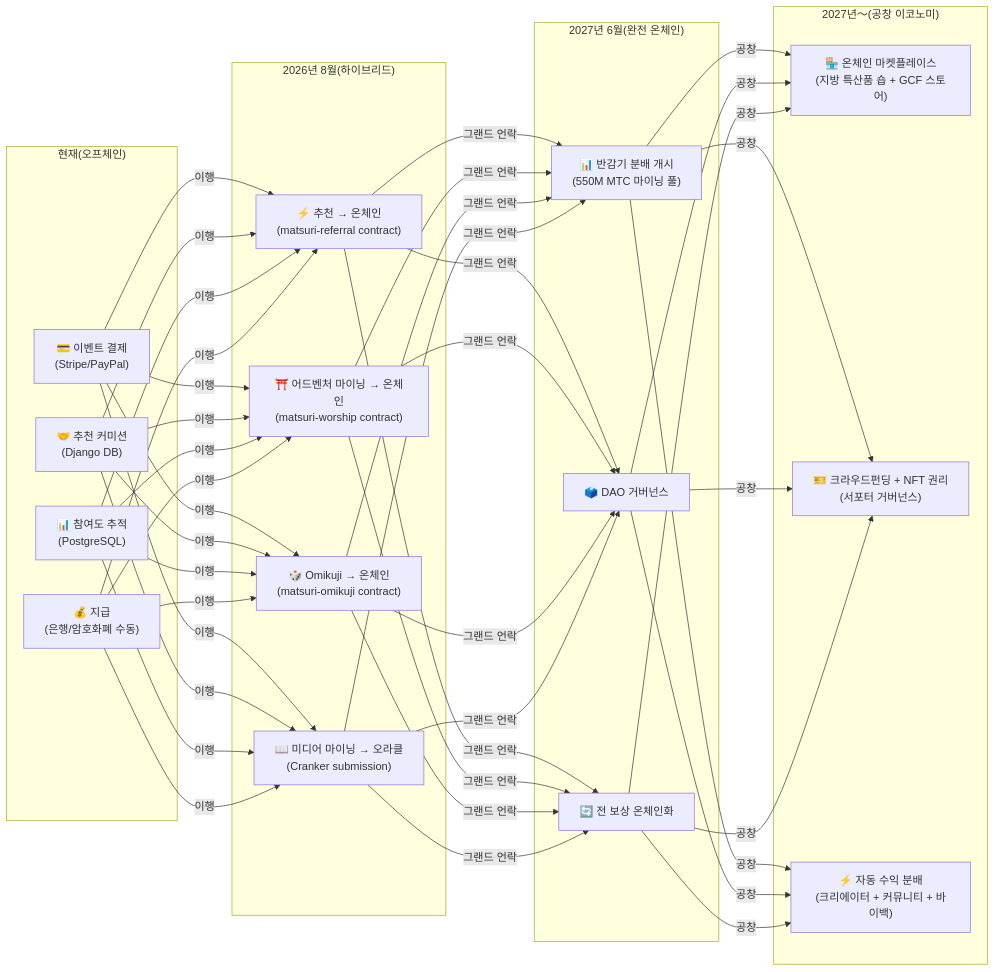
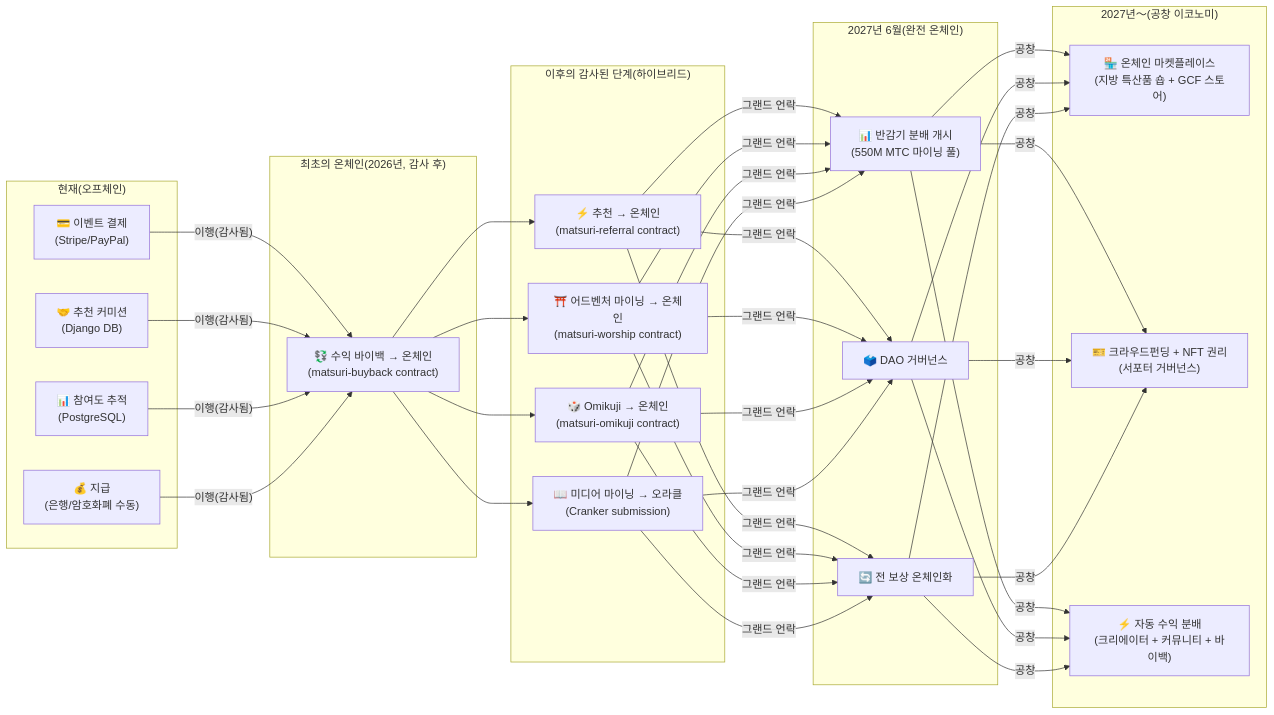
One commit to Cootakahashi/matsuri-dao-whitepaper changed the fourth of 4 diagrams in i18n/ko/docusaurus-plugin-content-docs/current/04-mining.md. Above: the diagram before and after it, drawn with Mermaid. The commit also changed other lines of this file and 79 other files, not shown here.

First line of the commit message:
docs: re-sequence on-chain roadmap to match the staged Hashlock audit (20 locales)

````diff
--- a/i18n/ko/docusaurus-plugin-content-docs/current/04-mining.md
+++ b/i18n/ko/docusaurus-plugin-content-docs/current/04-mining.md
@@ -334,28 +344,32 @@
 ```mermaid
 graph LR
     subgraph "현재(오프체인)"
         O1["💳 이벤트 결제\n(Stripe/PayPal)"]
         O2["🤝 추천 커미션\n(Django DB)"]
         O3["📊 참여도 추적\n(PostgreSQL)"]
         O4["💰 지급\n(은행/암호화폐 수동)"]
     end
-    subgraph "2026년 8월(하이브리드)"
+    subgraph "최초의 온체인(2026년, 감사 후)"
+        H0["💱 수익 바이백 → 온체인\n(matsuri-buyback contract)"]
+    end
+    subgraph "이후의 감사된 단계(하이브리드)"
         H1["⚡ 추천 → 온체인\n(matsuri-referral contract)"]
         H2["⛩️ 어드벤처 마이닝 → 온체인\n(matsuri-worship contract)"]
         H3["🎲 Omikuji → 온체인\n(matsuri-omikuji contract)"]
         H4["📖 미디어 마이닝 → 오라클\n(Cranker submission)"]
     end
     subgraph "2027년 6월(완전 온체인)"
         F1["📊 반감기 분배 개시\n(550M MTC 마이닝 풀)"]
         F2["🗳️ DAO 거버넌스"]
         F3["🔄 전 보상 온체인화"]
     end
     subgraph "2027년〜(공창 이코노미)"
         G1["🏪 온체인 마켓플레이스\n(지방 특산품 숍 + GCF 스토어)"]
         G2["🎫 크라우드펀딩 + NFT 권리\n(서포터 거버넌스)"]
         G3["⚡ 자동 수익 분배\n(크리에이터 + 커뮤니티 + 바이백)"]
     end
-    O1 & O2 & O3 & O4 -->|"이행"| H1 & H2 & H3 & H4
+    O1 & O2 & O3 & O4 -->|"이행(감사됨)"| H0
+    H0 --> H1 & H2 & H3 & H4
     H1 & H2 & H3 & H4 -->|"그랜드 언락"| F1 & F2 & F3
     F1 & F2 & F3 -->|"공창"| G1 & G2 & G3
 ```
````
